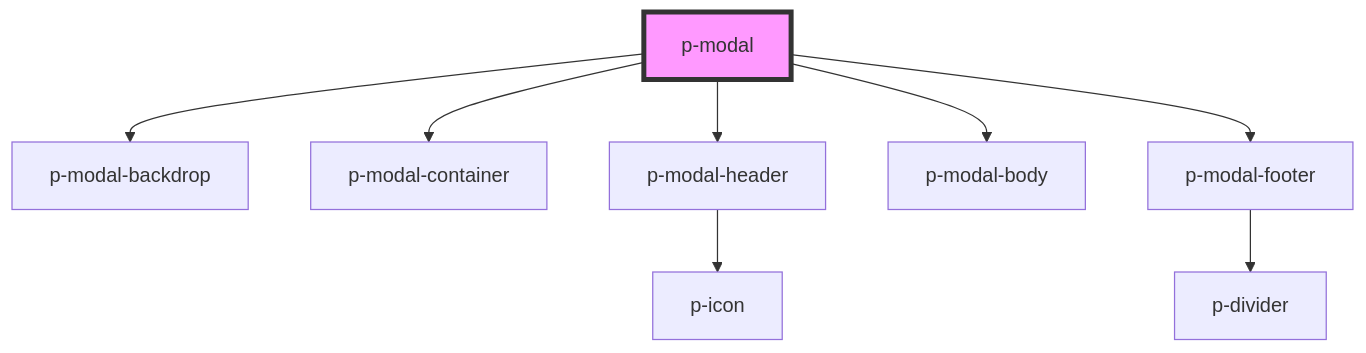
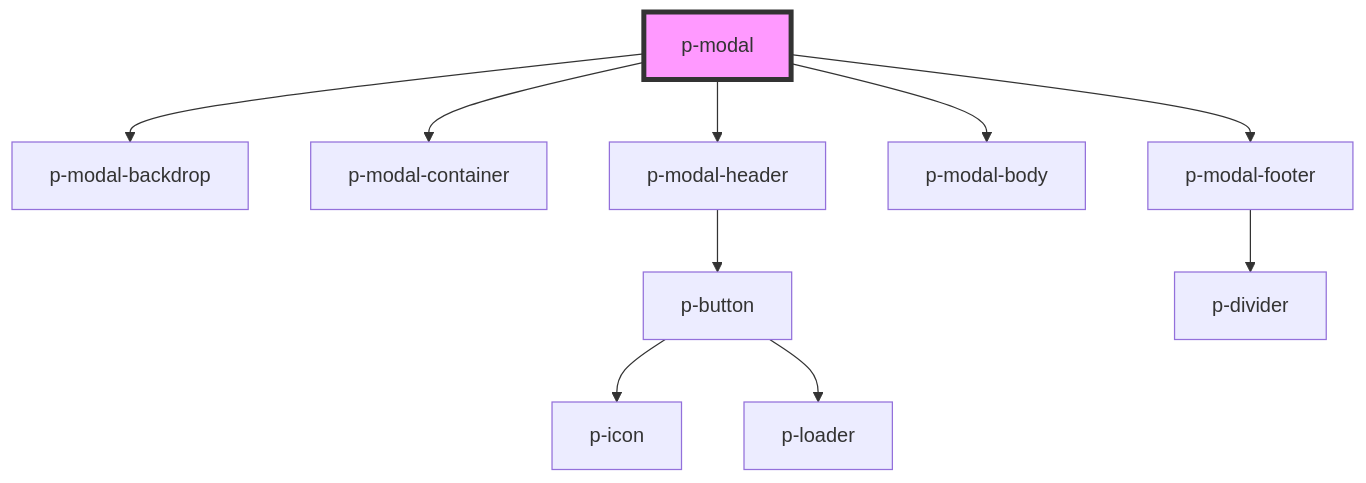
Before and after one commit to Employes/paperless: the diagram in packages/core/src/components/organisms/modal/readme.md, drawn with Mermaid. The commit also changed 5 other files, not shown here.

Commit message:
feat(Atoms/Modal Header): Update modal header styling

````diff
--- a/packages/core/src/components/organisms/modal/readme.md
+++ b/packages/core/src/components/organisms/modal/readme.md
@@ -45,11 +45,13 @@
 ```mermaid
 graph TD;
   p-modal --> p-modal-backdrop
   p-modal --> p-modal-container
   p-modal --> p-modal-header
   p-modal --> p-modal-body
   p-modal --> p-modal-footer
-  p-modal-header --> p-icon
+  p-modal-header --> p-button
+  p-button --> p-icon
+  p-button --> p-loader
   p-modal-footer --> p-divider
   style p-modal fill:#f9f,stroke:#333,stroke-width:4px
 ```
````
